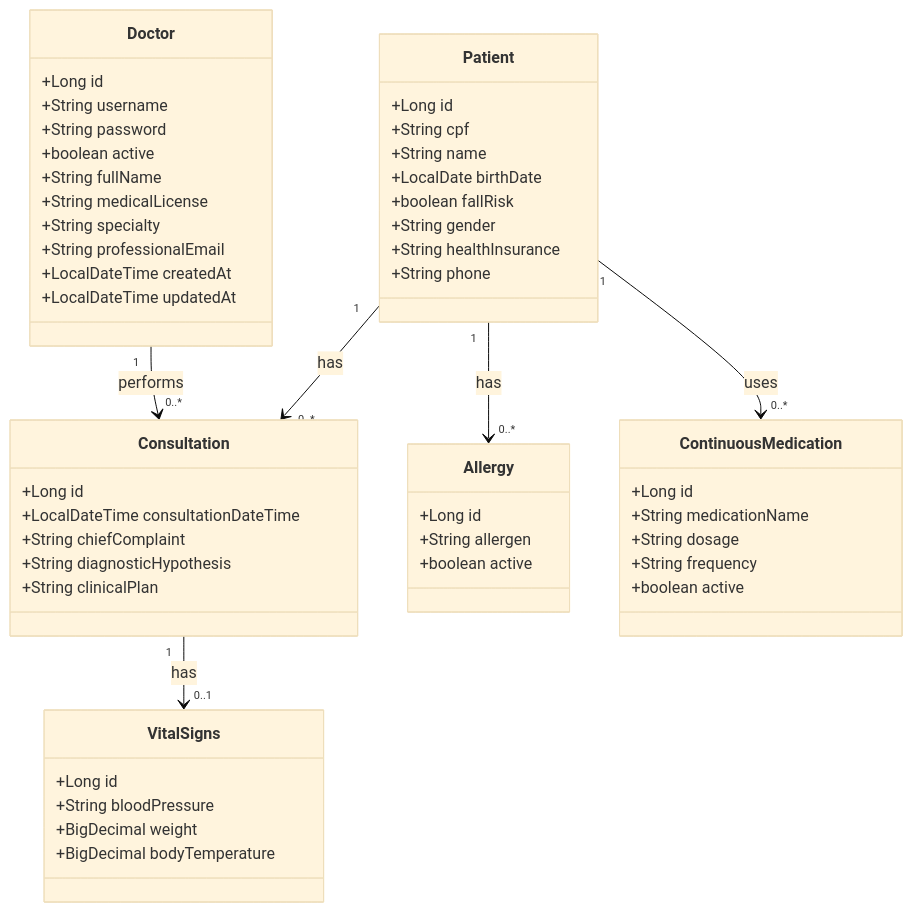
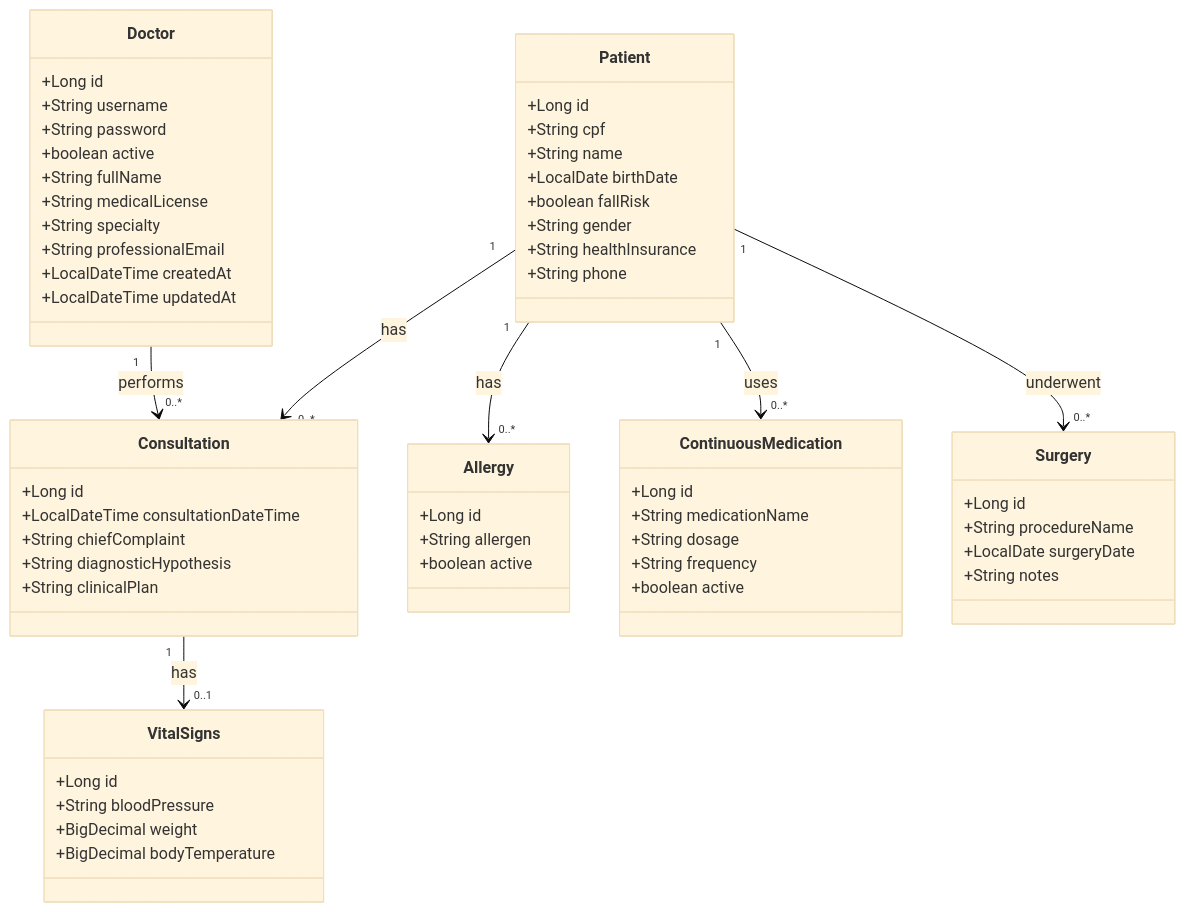
The diagram in docs/diagrama-uml-inicial.md (Lucaspimentelsouza/PooDev), drawn with Mermaid (base theme) before and after one commit. The commit also changed 2 other files, not shown here.

Commit message:
add patient surgery entity

````diff
--- a/docs/diagrama-uml-inicial.md
+++ b/docs/diagrama-uml-inicial.md
@@ -3,58 +3,65 @@
 ```mermaid
 classDiagram
     class Doctor {
         +Long id
         +String username
         +String password
         +boolean active
         +String fullName
         +String medicalLicense
         +String specialty
         +String professionalEmail
         +LocalDateTime createdAt
         +LocalDateTime updatedAt
     }
     class Patient {
         +Long id
         +String cpf
         +String name
         +LocalDate birthDate
         +boolean fallRisk
         +String gender
         +String healthInsurance
         +String phone
     }
 
     class Consultation {
         +Long id
         +LocalDateTime consultationDateTime
         +String chiefComplaint
         +String diagnosticHypothesis
         +String clinicalPlan
     }
 
     class VitalSigns {
         +Long id
         +String bloodPressure
         +BigDecimal weight
         +BigDecimal bodyTemperature
     }
     class Allergy {
         +Long id
         +String allergen
         +boolean active
     }
     class ContinuousMedication {
         +Long id
         +String medicationName
         +String dosage
         +String frequency
         +boolean active
     }
+    class Surgery {
+        +Long id
+        +String procedureName
+        +LocalDate surgeryDate
+        +String notes
+    }
 
     Doctor "1" --> "0..*" Consultation : performs
     Patient "1" --> "0..*" Consultation : has
     Patient "1" --> "0..*" Allergy : has
     Consultation "1" --> "0..1" VitalSigns : has
     Patient "1" --> "0..*" ContinuousMedication : uses
+    Patient "1" --> "0..*" Surgery : underwent
 ```
````
